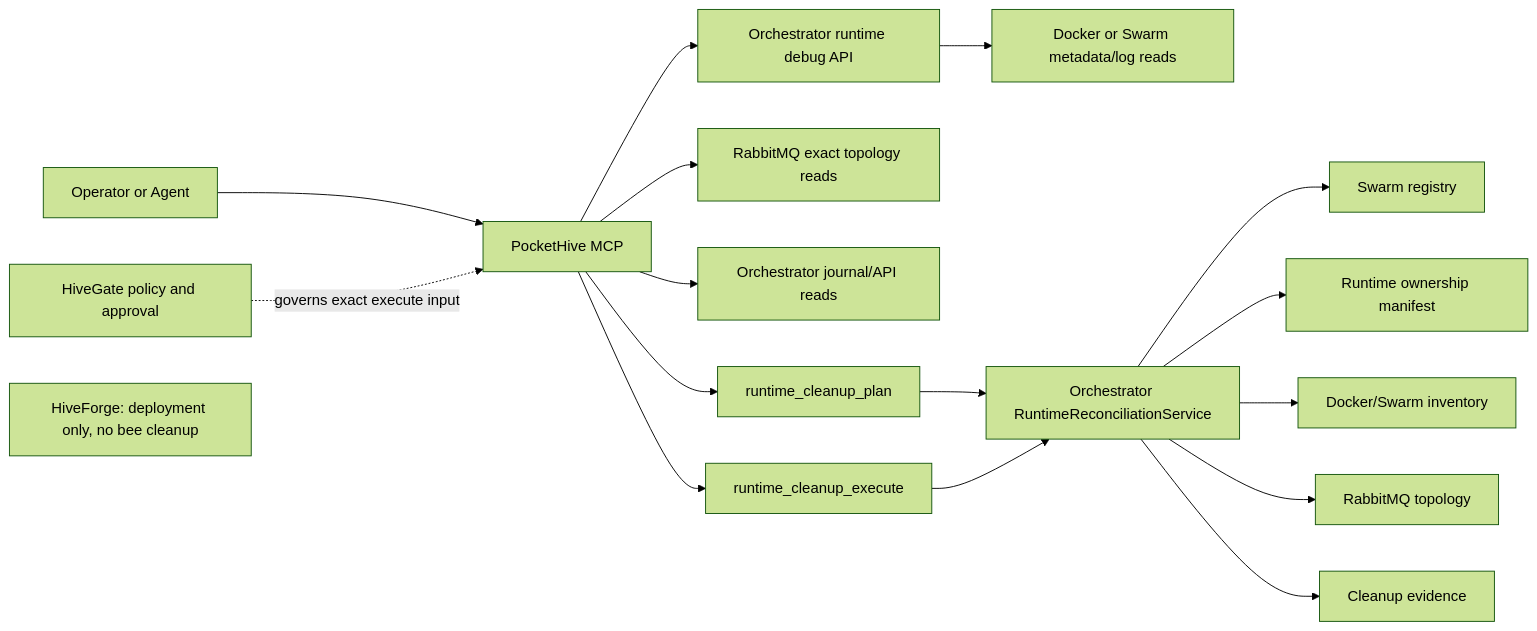
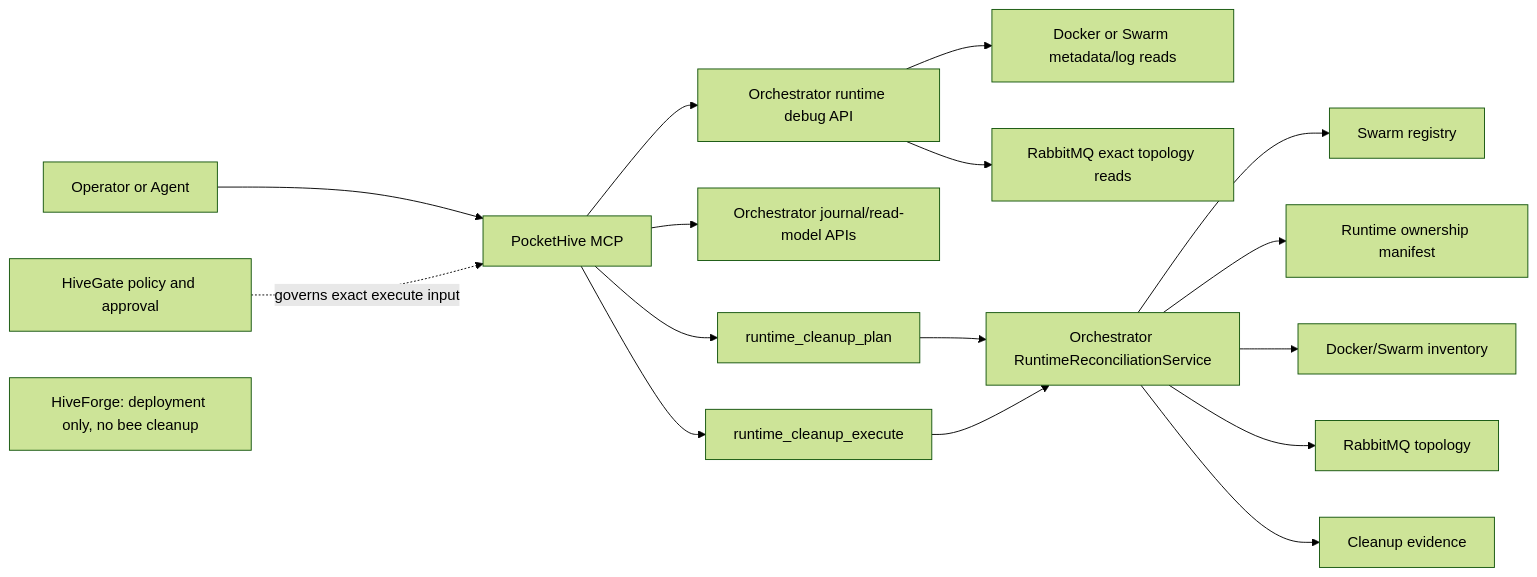
One commit to sepa79/PocketHive changed the diagram in docs/inProgress/runtime-debug-mcp-cleanup-spec.md. Above: the diagram before and after it, drawn with Mermaid (forest theme). The commit also changed other lines of this file and 13 other files, not shown here.

````diff
--- a/docs/inProgress/runtime-debug-mcp-cleanup-spec.md
+++ b/docs/inProgress/runtime-debug-mcp-cleanup-spec.md
@@ -30,22 +32,22 @@
 ```mermaid
 flowchart LR
   Operator[Operator or Agent] --> MCP[PocketHive MCP]
   MCP --> DebugAPI[Orchestrator runtime debug API]
   DebugAPI --> Docker[Docker or Swarm metadata/log reads]
-  MCP --> RabbitRead[RabbitMQ exact topology reads]
-  MCP --> Journal[Orchestrator journal/API reads]
+  DebugAPI --> RabbitRead[RabbitMQ exact topology reads]
+  MCP --> Journal[Orchestrator journal/read-model APIs]
 
   MCP --> Plan[runtime_cleanup_plan]
   MCP --> Execute[runtime_cleanup_execute]
   Plan --> Orchestrator[Orchestrator RuntimeReconciliationService]
   Execute --> Orchestrator
 
   Orchestrator --> Registry[Swarm registry]
   Orchestrator --> Manifest[Runtime ownership manifest]
   Orchestrator --> Inventory[Docker/Swarm inventory]
   Orchestrator --> Topology[RabbitMQ topology]
   Orchestrator --> Evidence[Cleanup evidence]
 
   HiveGate[HiveGate policy and approval] -. governs exact execute input .-> MCP
   HiveForge[HiveForge: deployment only, no bee cleanup]
 ```
````
